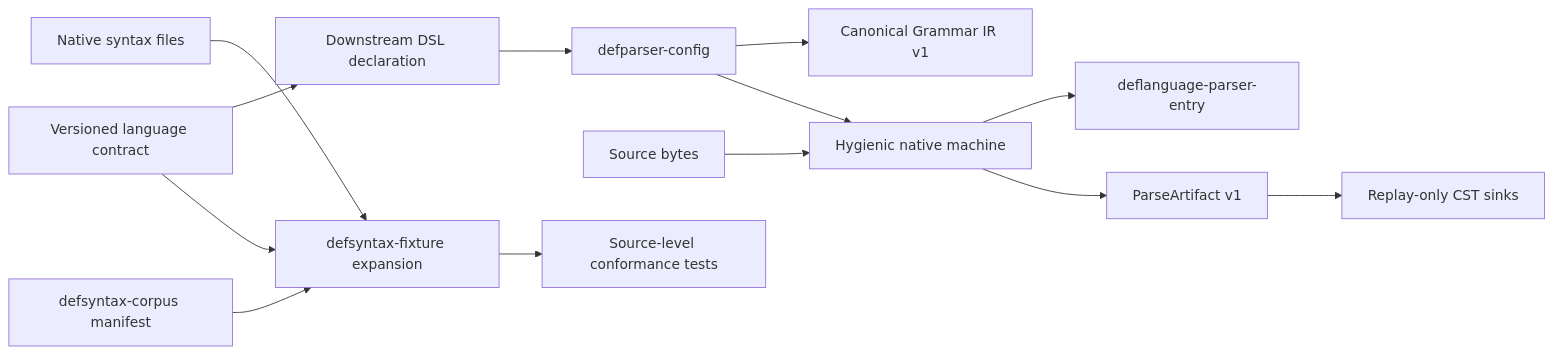
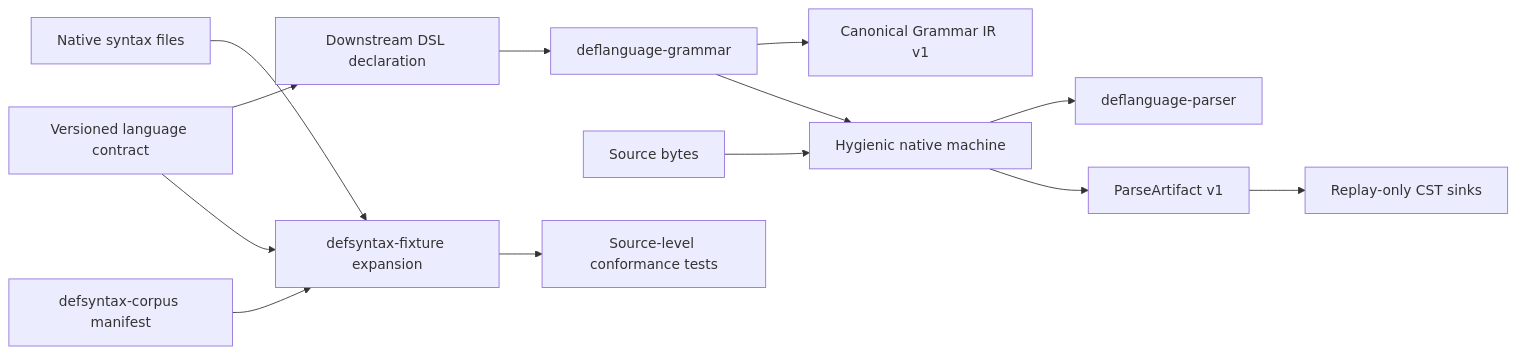
Before and after one commit to tao3k/gerbil-parser: the diagram in docs/architecture/0004-versioned-language-contracts.org, drawn with Mermaid. The commit also changed other lines of this file and 19 other files, not shown here.

```diff
--- a/docs/architecture/0004-versioned-language-contracts.org
+++ b/docs/architecture/0004-versioned-language-contracts.org
@@ -18,15 +18,15 @@
 #+begin_src mermaid
 flowchart LR
-  D[Downstream DSL declaration] --> C[defparser-config]
+  D[Downstream DSL declaration] --> C[deflanguage-grammar]
   C --> N[Canonical Grammar IR v1]
   C --> M[Hygienic native machine]
-  M --> E[deflanguage-parser-entry]
+  M --> E[deflanguage-parser]
   S[Source bytes] --> M
   M --> A[ParseArtifact v1]
   A --> R[Replay-only CST sinks]
   V[Versioned language contract] --> D
   F[Native syntax files] --> X[defsyntax-fixture expansion]
   C1[defsyntax-corpus manifest] --> X
   X --> T[Source-level conformance tests]
   V --> X
 #+end_src
```
